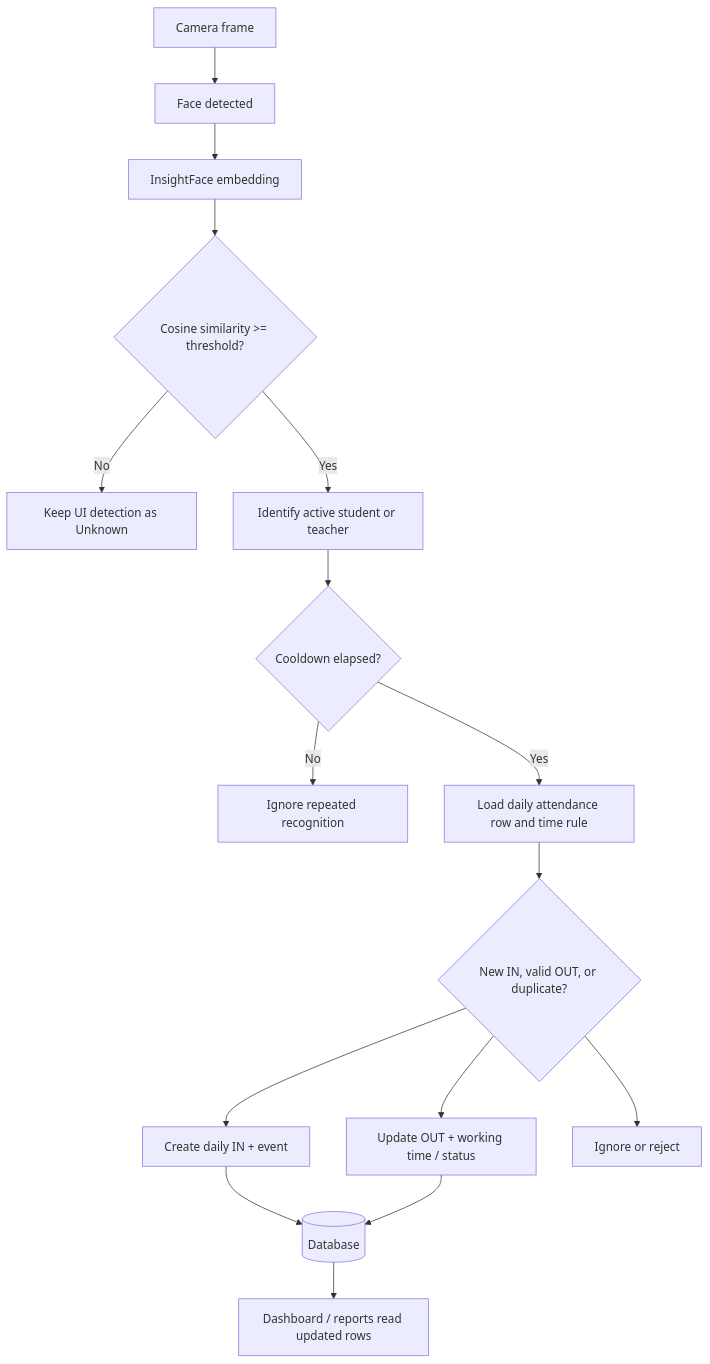
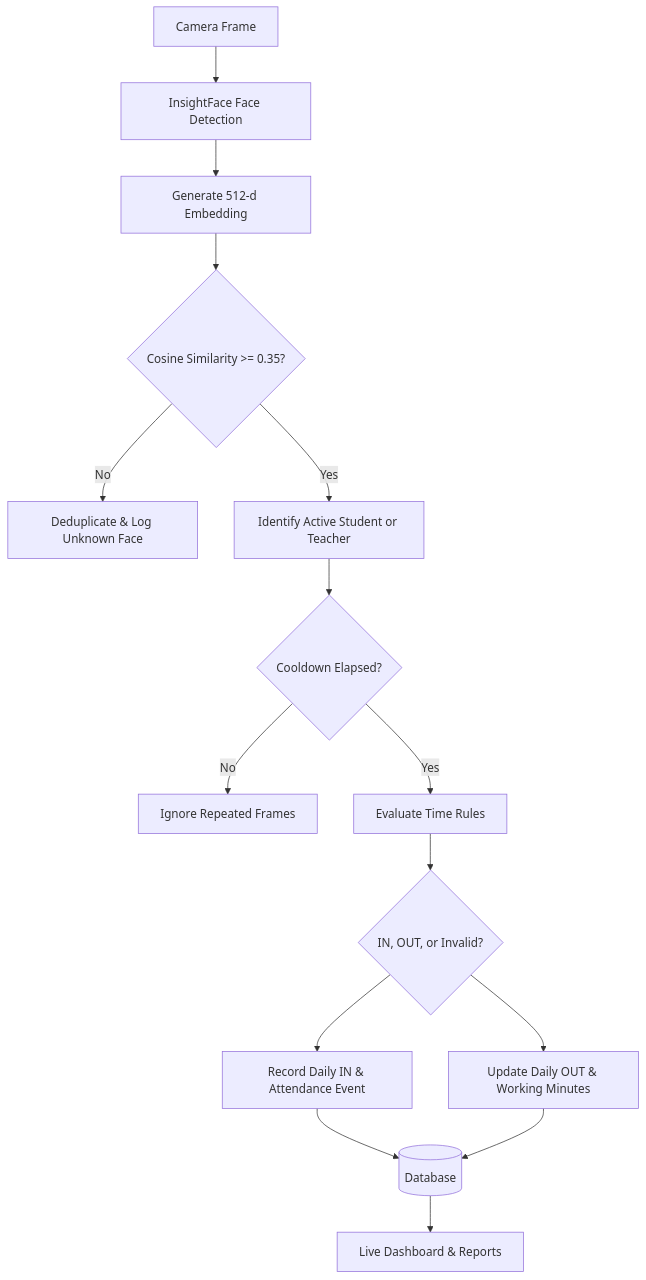
Before and after one commit to priyanshrathod0603/smart-attendance-management-system: the first of 4 diagrams in README.md, drawn with Mermaid. The commit also changed other lines of this file, not shown here.

````diff
--- a/README.md
+++ b/README.md
@@ -593,18 +122,17 @@
 ```mermaid
 flowchart TD
-    A[Camera frame] --> B[Face detected]
-    B --> C[InsightFace embedding]
-    C --> D{Cosine similarity >= threshold?}
-    D -- No --> U[Keep UI detection as Unknown]
-    D -- Yes --> E[Identify active student or teacher]
-    E --> F{Cooldown elapsed?}
-    F -- No --> G[Ignore repeated recognition]
-    F -- Yes --> H[Load daily attendance row and time rule]
-    H --> I{New IN, valid OUT, or duplicate?}
-    I --> J[Create daily IN + event]
-    I --> K[Update OUT + working time / status]
-    I --> L[Ignore or reject]
-    J --> M[(Database)]
-    K --> M
-    M --> N[Dashboard / reports read updated rows]
+    Frame[Camera Frame] --> Detect[InsightFace Face Detection]
+    Detect --> Embed[Generate 512-d Embedding]
+    Embed --> Match{Cosine Similarity >= 0.35?}
+    Match -- No --> Unknown[Deduplicate & Log Unknown Face]
+    Match -- Yes --> Identify[Identify Active Student or Teacher]
+    Identify --> Cooldown{Cooldown Elapsed?}
+    Cooldown -- No --> Ignore[Ignore Repeated Frames]
+    Cooldown -- Yes --> Rules[Evaluate Time Rules]
+    Rules --> Decision{IN, OUT, or Invalid?}
+    Decision --> InRecord[Record Daily IN & Attendance Event]
+    Decision --> OutRecord[Update Daily OUT & Working Minutes]
+    InRecord --> DB[(Database)]
+    OutRecord --> DB
+    DB --> Dashboard[Live Dashboard & Reports]
 ```
````
